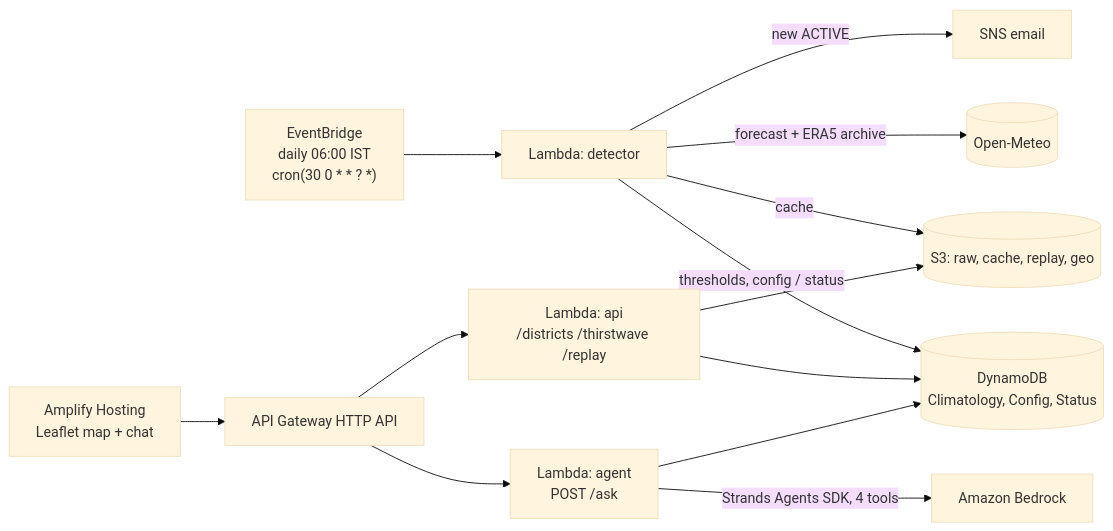
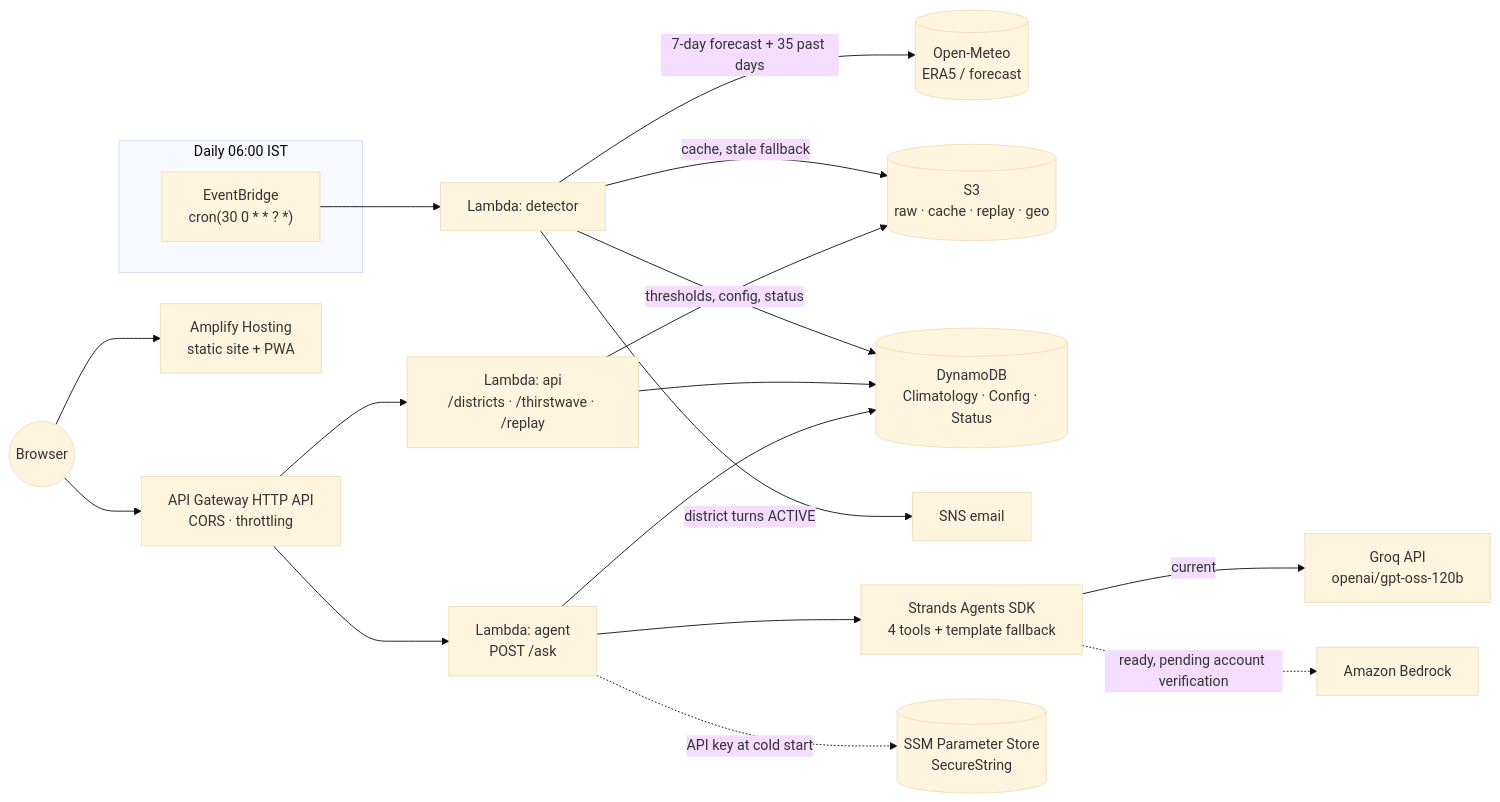
The diagram in README.md (aneek22112007-tech/thirstcast), drawn with Mermaid (base theme) before and after one commit. The commit also changed other lines of this file and 6 other files, not shown here.

Commit message:
docs: full README (live links, try-it, evidence, features, architecture, methods, API, deploy, claims) + live screenshots

````diff
--- a/README.md
+++ b/README.md
@@ -79,15 +221,23 @@
 ```mermaid
 flowchart LR
-  EB["EventBridge<br/>daily 06:00 IST<br/>cron(30 0 * * ? *)"] --> DET["Lambda: detector"]
-  DET -->|forecast + ERA5 archive| OM[(Open-Meteo)]
-  DET -->|thresholds, config / status| DDB[(DynamoDB<br/>Climatology, Config, Status)]
-  DET -->|cache| S3[(S3: raw, cache, replay, geo)]
-  DET -->|new ACTIVE| SNS[SNS email]
-  AMP["Amplify Hosting<br/>Leaflet map + chat"] --> APIGW[API Gateway HTTP API]
-  APIGW --> API["Lambda: api<br/>/districts /thirstwave /replay"]
+  subgraph Daily["Daily 06:00 IST"]
+    EB["EventBridge<br/>cron(30 0 * * ? *)"]
+  end
+  EB --> DET["Lambda: detector"]
+  DET -->|"7-day forecast + 35 past days"| OM[(Open-Meteo<br/>ERA5 / forecast)]
+  DET -->|"cache, stale fallback"| S3[(S3<br/>raw · cache · replay · geo)]
+  DET -->|"thresholds, config, status"| DDB[(DynamoDB<br/>Climatology · Config · Status)]
+  DET -->|"district turns ACTIVE"| SNS[SNS email]
+
+  USER(("Browser")) --> AMP["Amplify Hosting<br/>static site + PWA"]
+  USER --> APIGW["API Gateway HTTP API<br/>CORS · throttling"]
+  APIGW --> API["Lambda: api<br/>/districts · /thirstwave · /replay"]
   APIGW --> AG["Lambda: agent<br/>POST /ask"]
   API --> DDB
   API --> S3
-  AG -->|Strands Agents SDK, 4 tools| BR[Amazon Bedrock]
   AG --> DDB
+  AG --> STR["Strands Agents SDK<br/>4 tools + template fallback"]
+  STR -->|"current"| GROQ["Groq API<br/>openai/gpt-oss-120b"]
+  STR -.->|"ready, pending account verification"| BR["Amazon Bedrock"]
+  AG -.->|"API key at cold start"| SSM[(SSM Parameter Store<br/>SecureString)]
 ```
````
